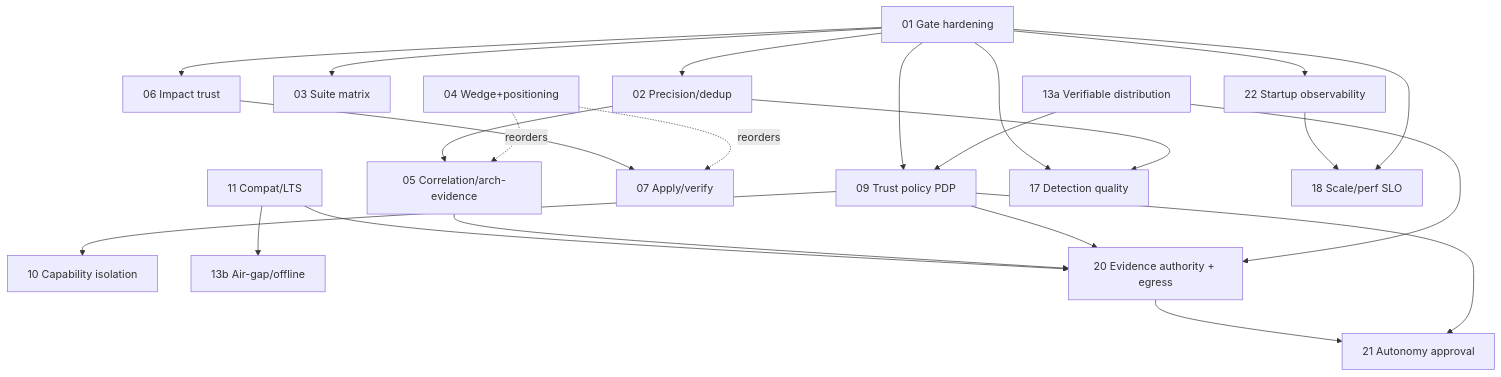
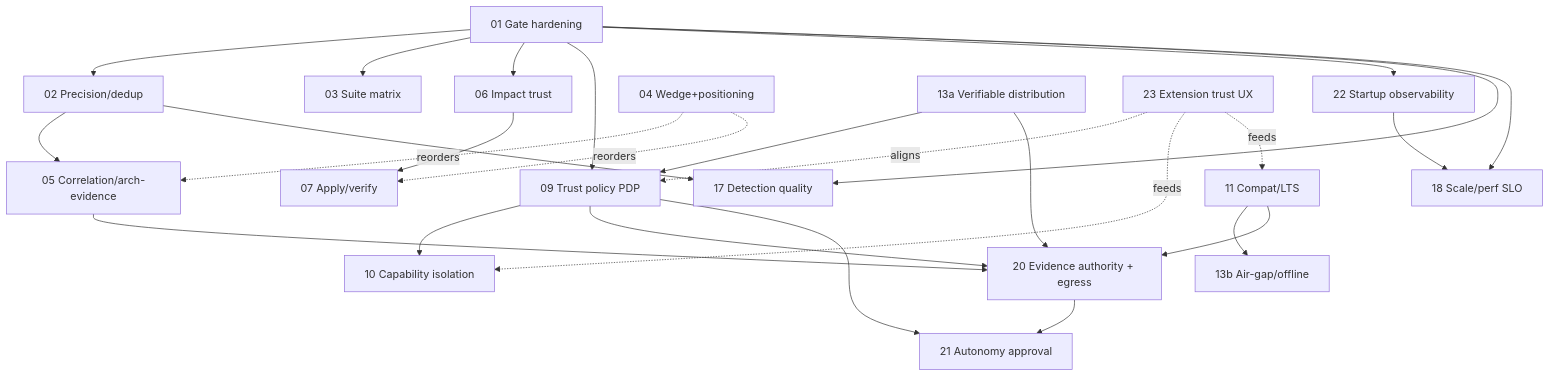
One commit to opensip-ai/opensip-cli changed the diagram in docs/plans/00-master-plan.md. Above: the diagram before and after it, drawn with Mermaid. The commit also changed other lines of this file and 221 other files, not shown here.

````diff
--- a/docs/plans/00-master-plan.md
+++ b/docs/plans/00-master-plan.md
@@ -222,25 +230,28 @@
 ```mermaid
 flowchart TD
   S01[01 Gate hardening] --> S02[02 Precision/dedup]
   S01 --> S03[03 Suite matrix]
   S01 --> S06[06 Impact trust]
   S01 --> S09[09 Trust policy PDP]
   S01 --> S22[22 Startup observability]
   S02 --> S05[05 Correlation/arch-evidence]
   S06 --> S07[07 Apply/verify]
   S04[04 Wedge+positioning] -.reorders.-> S05
   S04 -.reorders.-> S07
   S13a[13a Verifiable distribution] --> S09
   S09 --> S10[10 Capability isolation]
+  S23[23 Extension trust UX] -.aligns.-> S09
+  S23 -.feeds.-> S10
+  S23 -.feeds.-> S11
   S11[11 Compat/LTS] --> S13b[13b Air-gap/offline]
   S11 --> S20[20 Evidence authority + egress]
   S05 --> S20
   S09 --> S20
   S13a --> S20
   S20 --> S21[21 Autonomy approval]
   S09 --> S21
   S01 --> S17[17 Detection quality]
   S02 --> S17
   S22 --> S18
   S01 --> S18[18 Scale/perf SLO]
 ```
````
